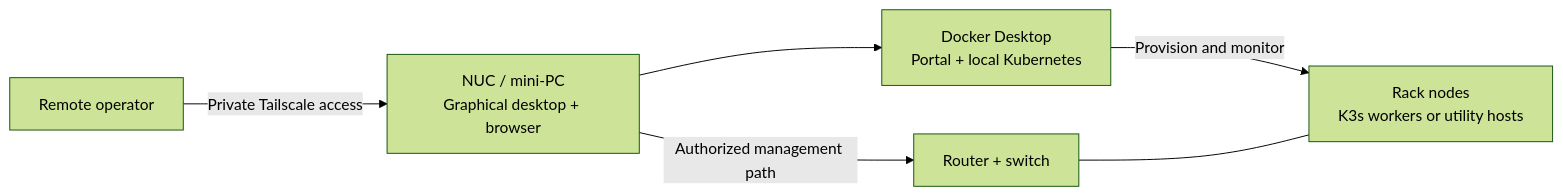
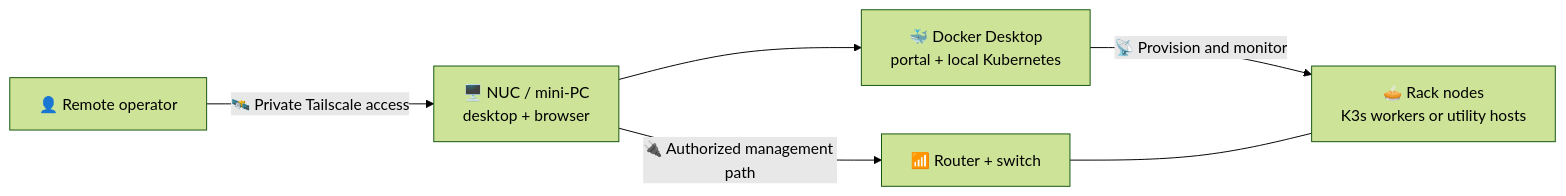
Before and after one commit to MeVsTheVoices/Playbook: the first of 5 diagrams in README.md, drawn with Mermaid (forest theme). The commit also changed other lines of this file and 7 other files, not shown here.

First line of the commit message:
Restyle documentation with diagrams and leaner prose

````diff
--- a/README.md
+++ b/README.md
@@ -23,8 +28,8 @@
 ```mermaid
 flowchart LR
-    Operator["Remote operator"] -->|Private Tailscale access| Desk["NUC / mini-PC<br/>Graphical desktop + browser"]
-    Desk --> Desktop["Docker Desktop<br/>Portal + local Kubernetes"]
-    Desk -->|Authorized management path| Network["Router + switch"]
-    Desktop -->|Provision and monitor| Rack["Rack nodes<br/>K3s workers or utility hosts"]
+    Operator["👤 Remote operator"] -->|"🛰️ Private Tailscale access"| Desk["🖥️ NUC / mini-PC<br/>desktop + browser"]
+    Desk --> Desktop["🐳 Docker Desktop<br/>portal + local Kubernetes"]
+    Desk -->|"🔌 Authorized management path"| Network["📶 Router + switch"]
+    Desktop -->|"📡 Provision and monitor"| Rack["🥧 Rack nodes<br/>K3s workers or utility hosts"]
     Network --- Rack
 ```
````
